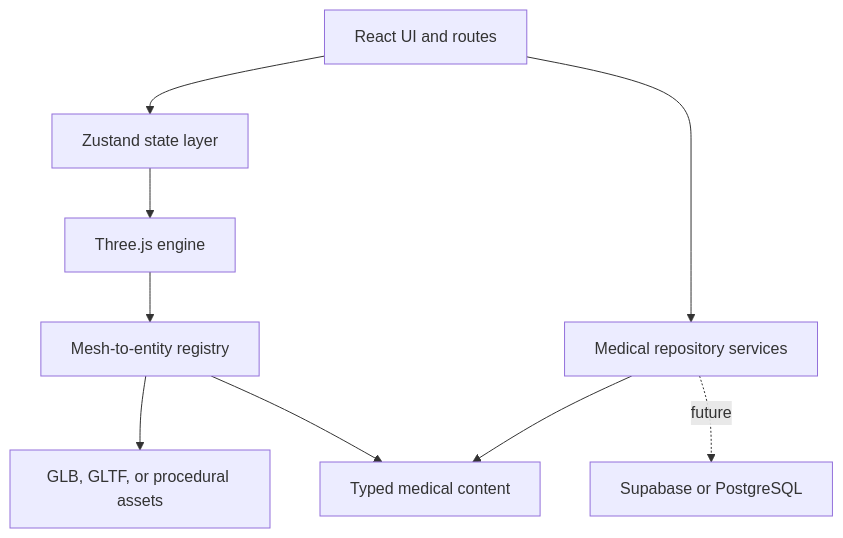
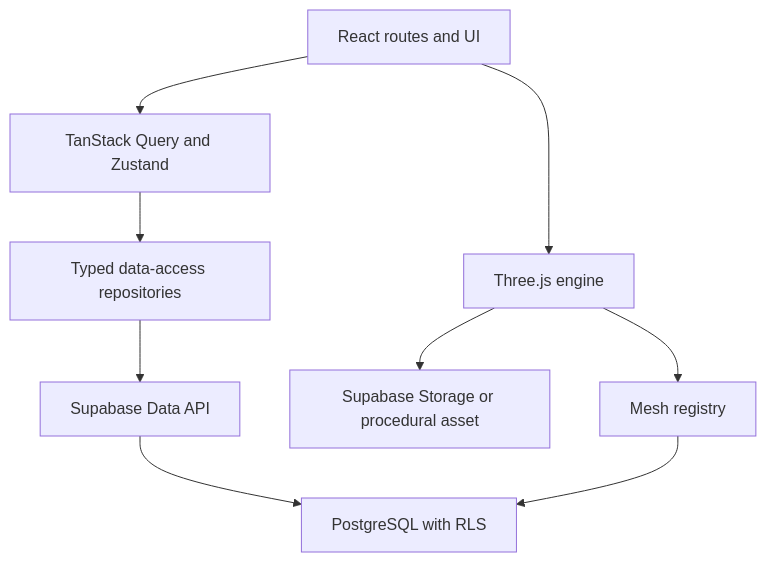
One commit to Mtzallqmy/Human-anatomy- changed the diagram in docs/ARCHITECTURE.md. Above: the diagram before and after it, drawn with Mermaid. The commit also changed other lines of this file and 70 other files, not shown here.

Commit message:
feat: add Supabase medical CMS and refine interactive atlas

````diff
--- a/docs/ARCHITECTURE.md
+++ b/docs/ARCHITECTURE.md
@@ -5,11 +5,11 @@
 ```mermaid
 flowchart TD
-  UI[React UI and routes] --> State[Zustand state layer]
-  UI --> Services[Medical repository services]
-  State --> Engine[Three.js engine]
-  Services --> Content[Typed medical content]
-  Services -. future .-> Database[Supabase or PostgreSQL]
-  Engine --> Registry[Mesh-to-entity registry]
-  Registry --> Assets[GLB, GLTF, or procedural assets]
-  Registry --> Content
+  UI[React routes and UI] --> Query[TanStack Query and Zustand]
+  Query --> DAL[Typed data-access repositories]
+  DAL --> API[Supabase Data API]
+  API --> DB[PostgreSQL with RLS]
+  UI --> Engine[Three.js engine]
+  Engine --> Assets[Supabase Storage or procedural asset]
+  Engine --> Registry[Mesh registry]
+  Registry --> DB
 ```
````
